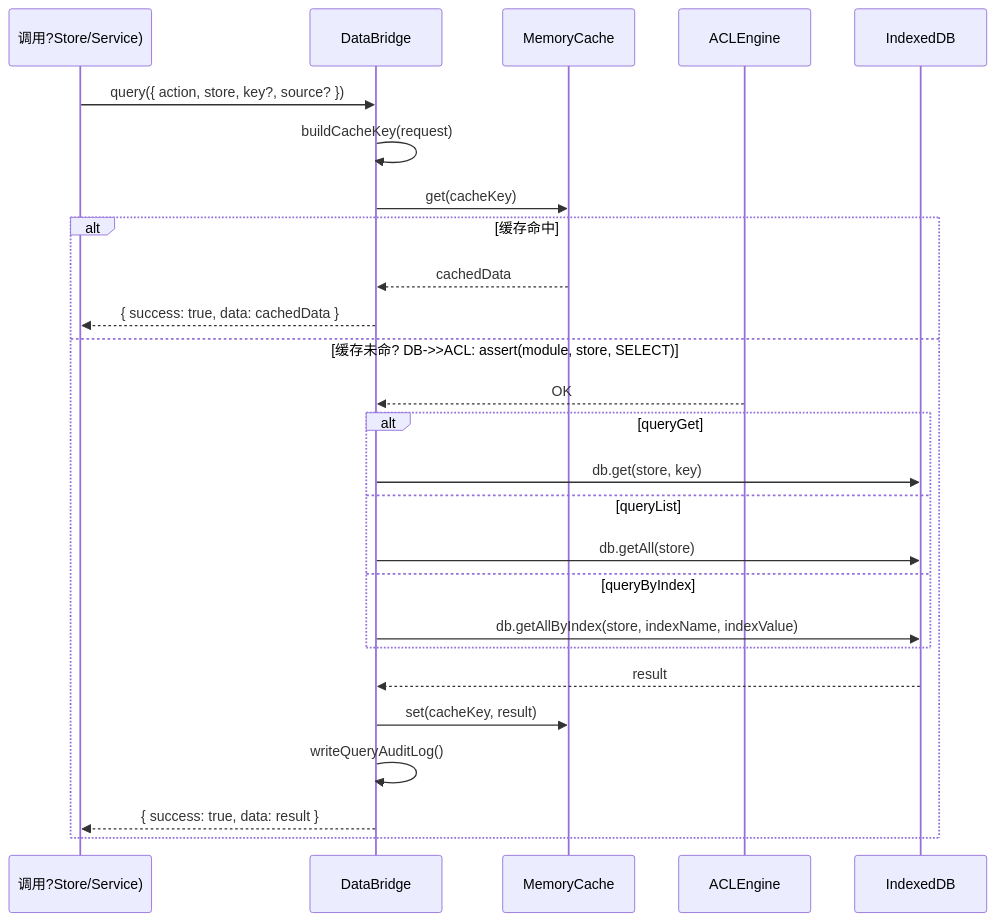
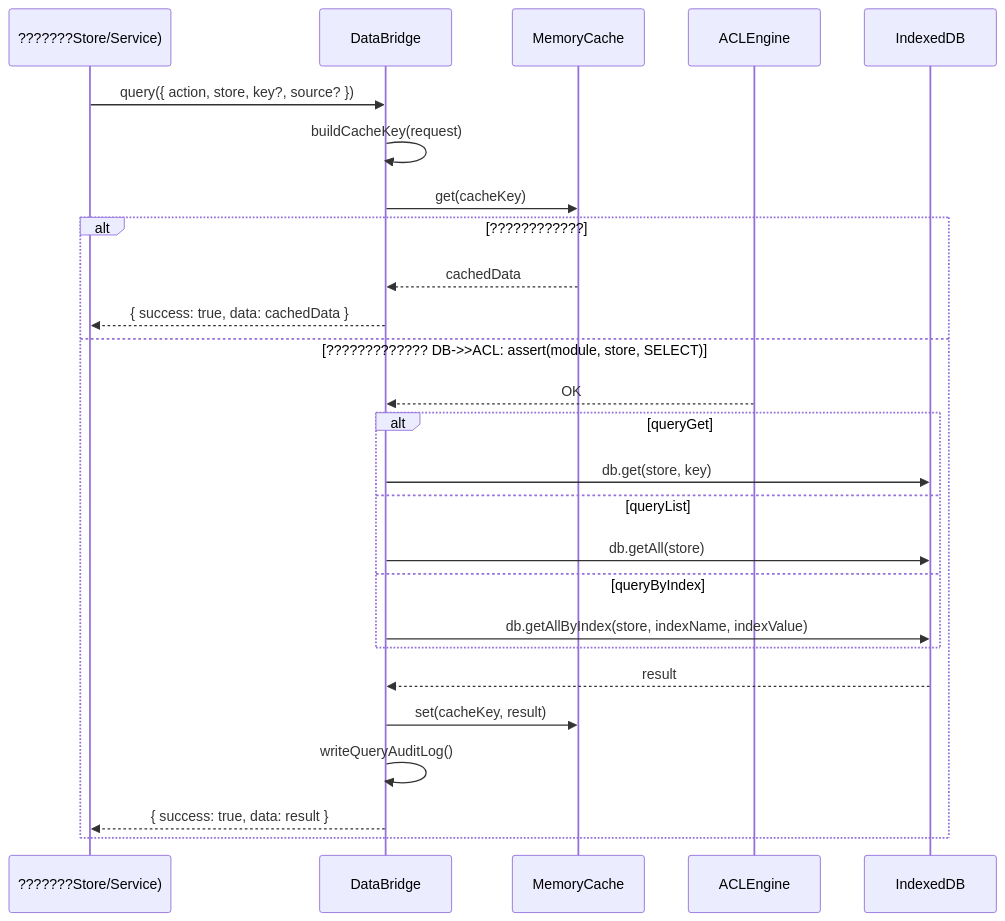
Before and after one commit to DHENGHONGYU/-: diagram 18 of 19 in docs/explanation/design/databridge数据链路全景分析报告.md, drawn with Mermaid. The commit also changed other lines of this file and 664 other files, not shown here.

````diff
--- a/docs/explanation/design/databridge数据链路全景分析报告.md
+++ b/docs/explanation/design/databridge数据链路全景分析报告.md
@@ -887,35 +887,35 @@
 ```mermaid
 sequenceDiagram
-    participant Client as 调用?Store/Service)
+    participant Client as ???????Store/Service)
     participant DB as DataBridge
     participant Cache as MemoryCache
     participant ACL as ACLEngine
     participant IndexedDB as IndexedDB
     
     Client->>DB: query({ action, store, key?, source? })
     
     DB->>DB: buildCacheKey(request)
     DB->>Cache: get(cacheKey)
     
-    alt 缓存命中
+    alt ????????????
         Cache-->>DB: cachedData
         DB-->>Client: { success: true, data: cachedData }
-    else 缓存未命?        DB->>ACL: assert(module, store, SELECT)
+    else ?????????????        DB->>ACL: assert(module, store, SELECT)
         ACL-->>DB: OK
         
         alt queryGet
             DB->>IndexedDB: db.get(store, key)
         else queryList
             DB->>IndexedDB: db.getAll(store)
         else queryByIndex
             DB->>IndexedDB: db.getAllByIndex(store, indexName, indexValue)
         end
         
         IndexedDB-->>DB: result
         
         DB->>Cache: set(cacheKey, result)
         DB->>DB: writeQueryAuditLog()
         
         DB-->>Client: { success: true, data: result }
     end
 ```
````
